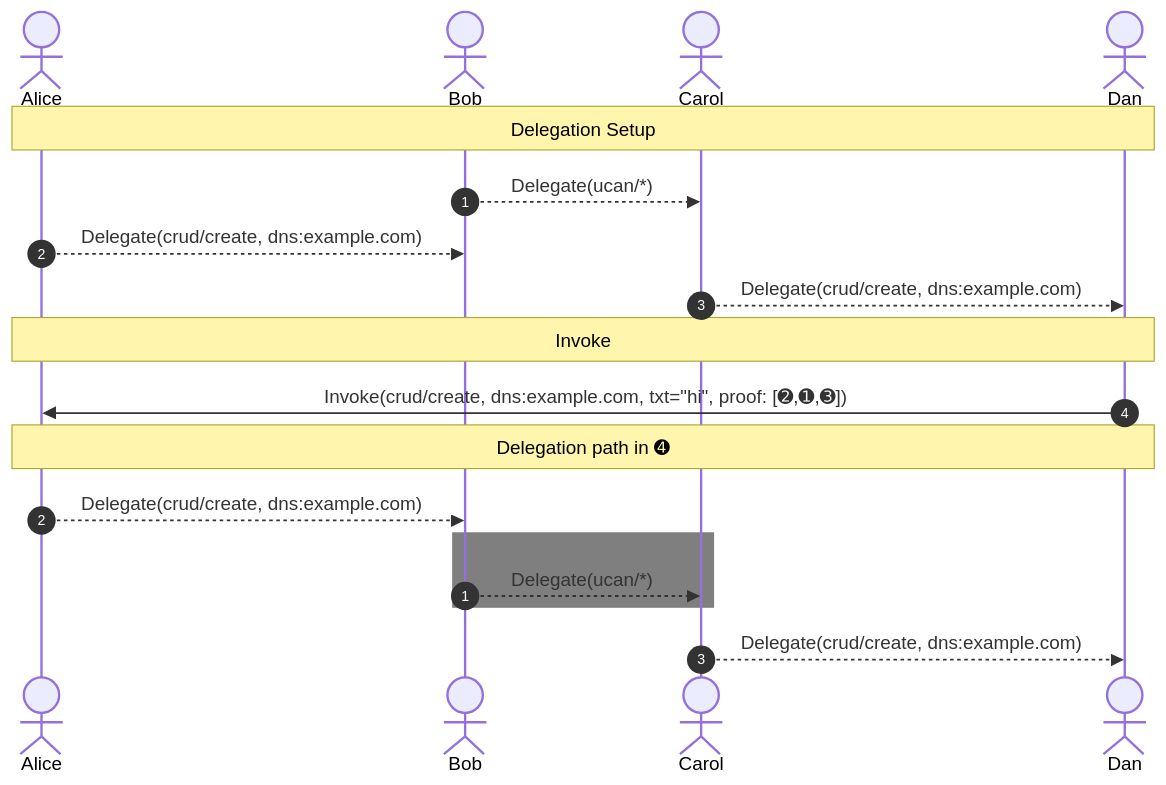
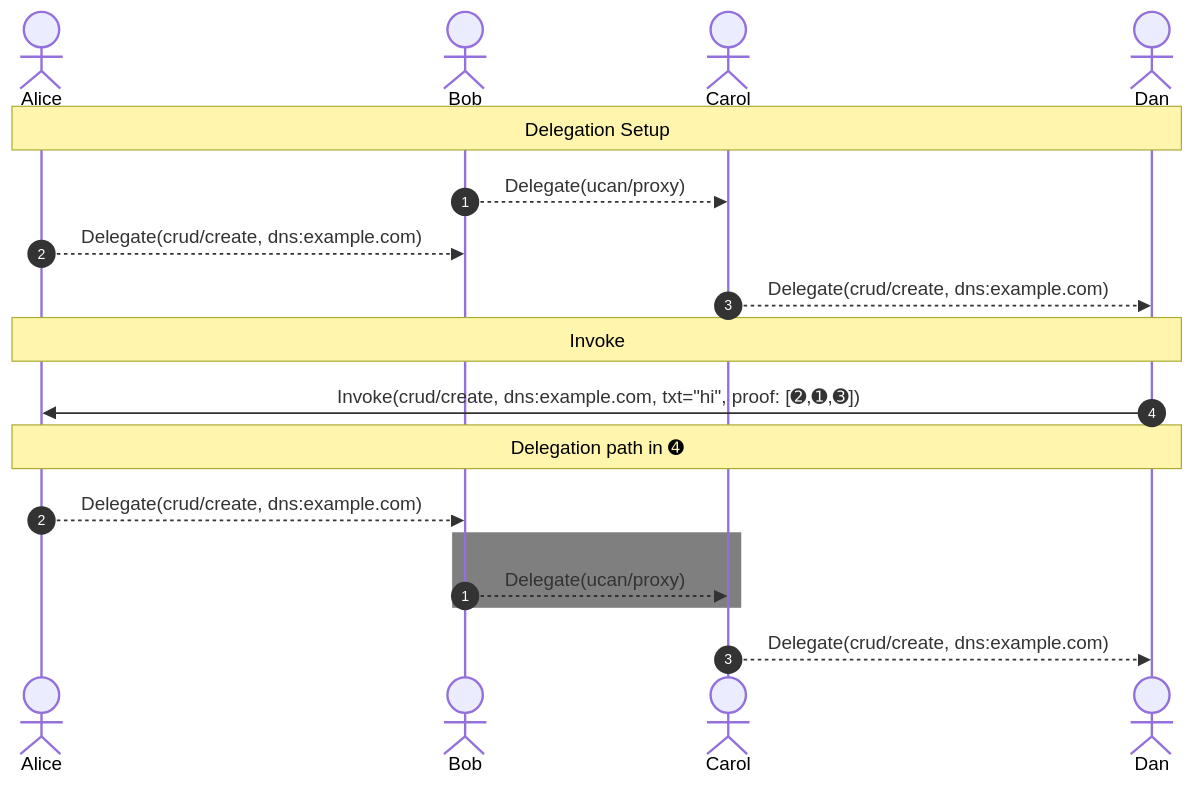
One commit to ucan-wg/invocation changed the fifth of 5 diagrams in README.md. Above: the diagram before and after it, drawn with Mermaid. The commit also changed other lines of this file, not shown here.

````diff
--- a/README.md
+++ b/README.md
@@ -373,29 +375,29 @@
 ``` mermaid
 sequenceDiagram
     actor Alice
     actor Bob
     actor Carol
     actor Dan
     
     autonumber
 
     Note over Alice, Dan: Delegation Setup
-      Bob -->> Carol: Delegate(ucan/*)
+      Bob -->> Carol: Delegate(ucan/proxy)
       Alice -->> Bob: Delegate(crud/create, dns:example.com)
       Carol -->> Dan: Delegate(crud/create, dns:example.com)
 
     Note over Alice, Dan: Invoke
       Dan ->> Alice: Invoke(crud/create, dns:example.com, txt="hi", proof: [➋,➊,➌])
 
     Note over Alice, Dan: Delegation path in ➍
       autonumber 2
       Alice -->> Bob: Delegate(crud/create, dns:example.com)
 
       autonumber 1
       rect rgb(127, 127, 127)
-          Bob -->> Carol: Delegate(ucan/*)
+          Bob -->> Carol: Delegate(ucan/proxy)
       end
 
       autonumber 3
       Carol -->> Dan: Delegate(crud/create, dns:example.com)
 ```
````
